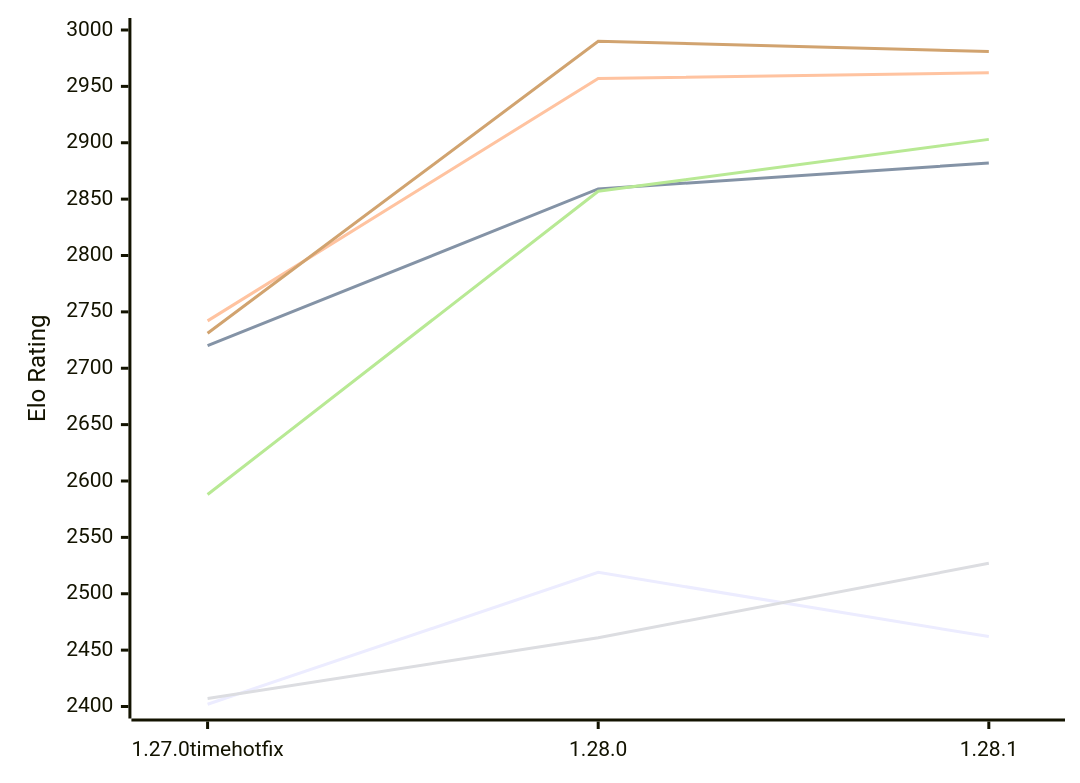
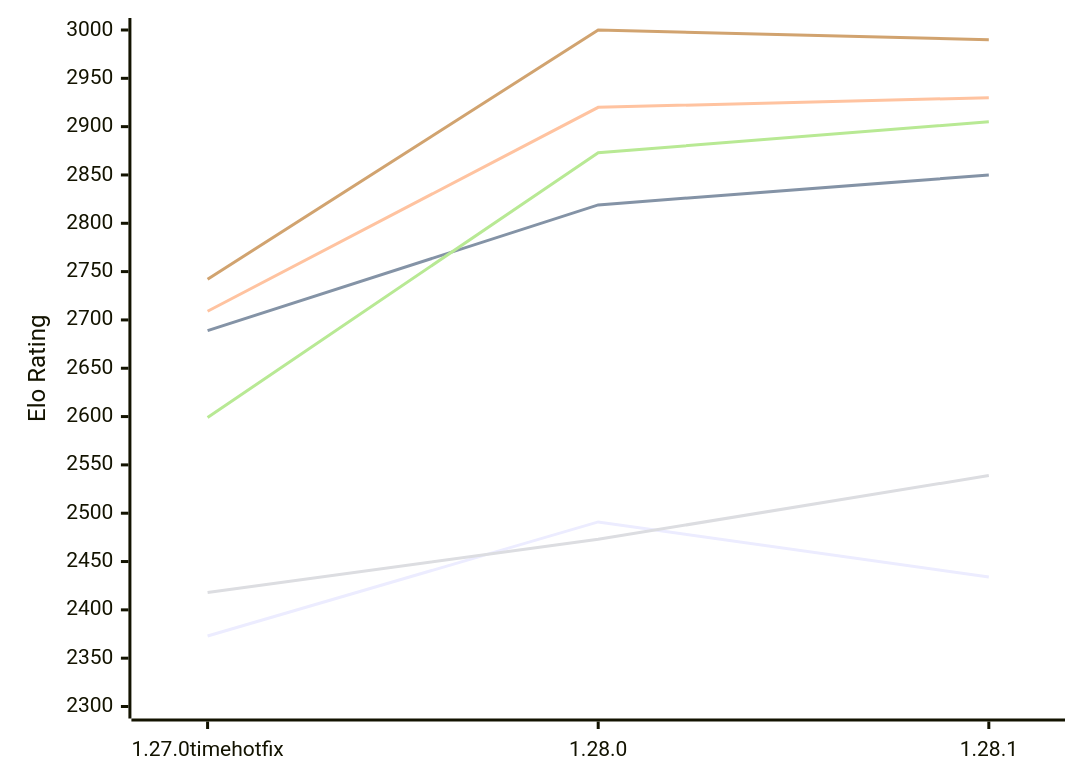
The first of 2 diagrams in engines/Aurora.md (computer-chess-index/cci), drawn with Mermaid before and after one commit. The commit also changed other lines of this file, not shown here.

Commit message:
Update CCI Ratings (ELO VLTC) - 2026-11-12

````diff
--- a/engines/Aurora.md
+++ b/engines/Aurora.md
@@ -52,12 +52,12 @@
 ```mermaid
 %%{init: {"theme":"base","themeVariables":{"seriesColors:['#a3a3a3','#222221','#faa371']}}}%%
 xychart-beta
   x-axis ["1.27.0timehotfix", "1.28.0", "1.28.1"]
-  y-axis "Elo Rating" 2400 --> 3000
-  line "E1: STC (8.0+0.08s)" [2402, 2519, 2462]
-  line "E1: LTC (60.0+0.60s)" [2720, 2859, 2882]
-  line "E1: VLTC (2m24s+1.12s)" [2742, 2957, 2962]
-  line "P1: STC (8.0+0.08s)" [2407, 2461, 2527]
-  line "P1: LTC (60.0+0.60s)" [2588, 2857, 2903]
-  line "P1: VLTC (2m24s+1.12s)" [2731, 2990, 2981]
+  y-axis "Elo Rating" 2300 --> 3000
+  line "E1: STC (8.0+0.08s)" [2373, 2491, 2434]
+  line "E1: LTC (60.0+0.60s)" [2689, 2819, 2850]
+  line "E1: VLTC (2m24s+1.12s)" [2709, 2920, 2930]
+  line "P1: STC (8.0+0.08s)" [2418, 2473, 2539]
+  line "P1: LTC (60.0+0.60s)" [2599, 2873, 2905]
+  line "P1: VLTC (2m24s+1.12s)" [2742, 3000, 2990]
 ```
````
